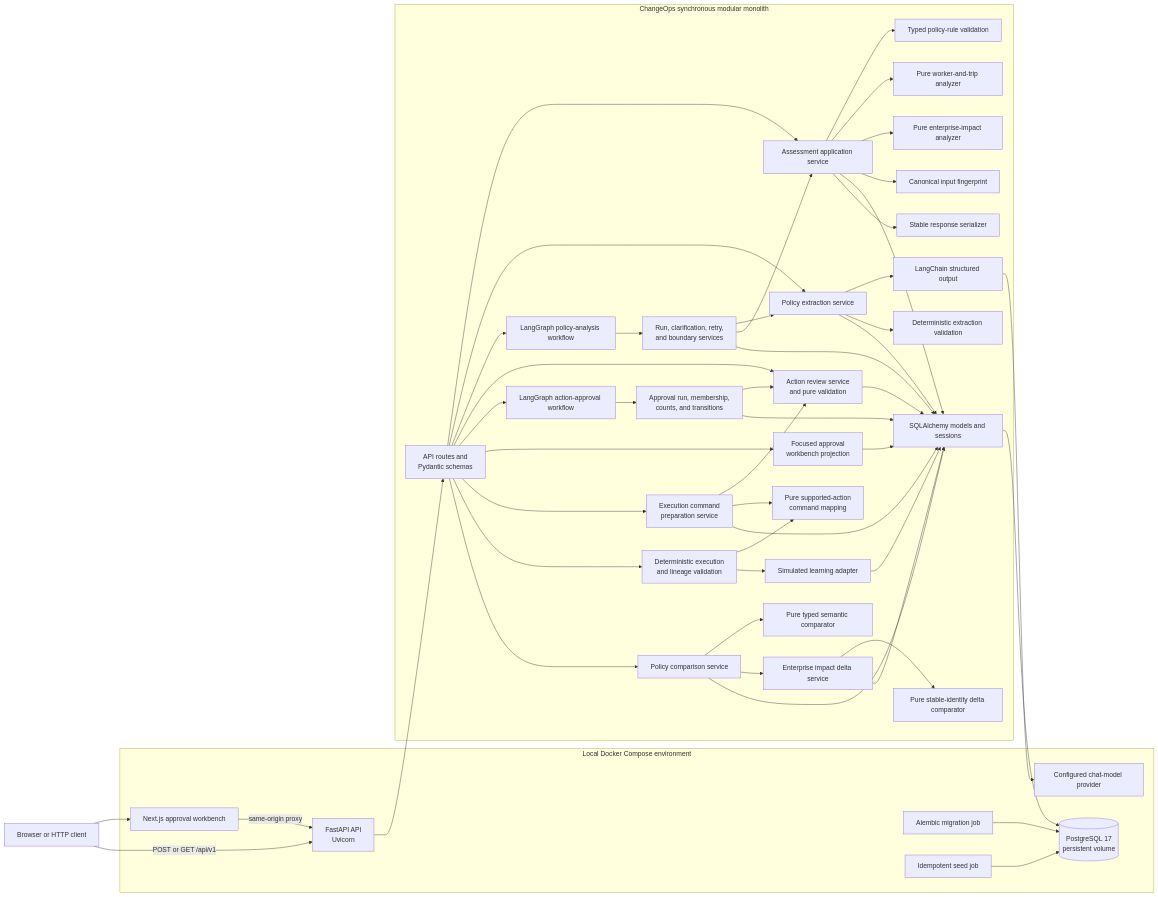
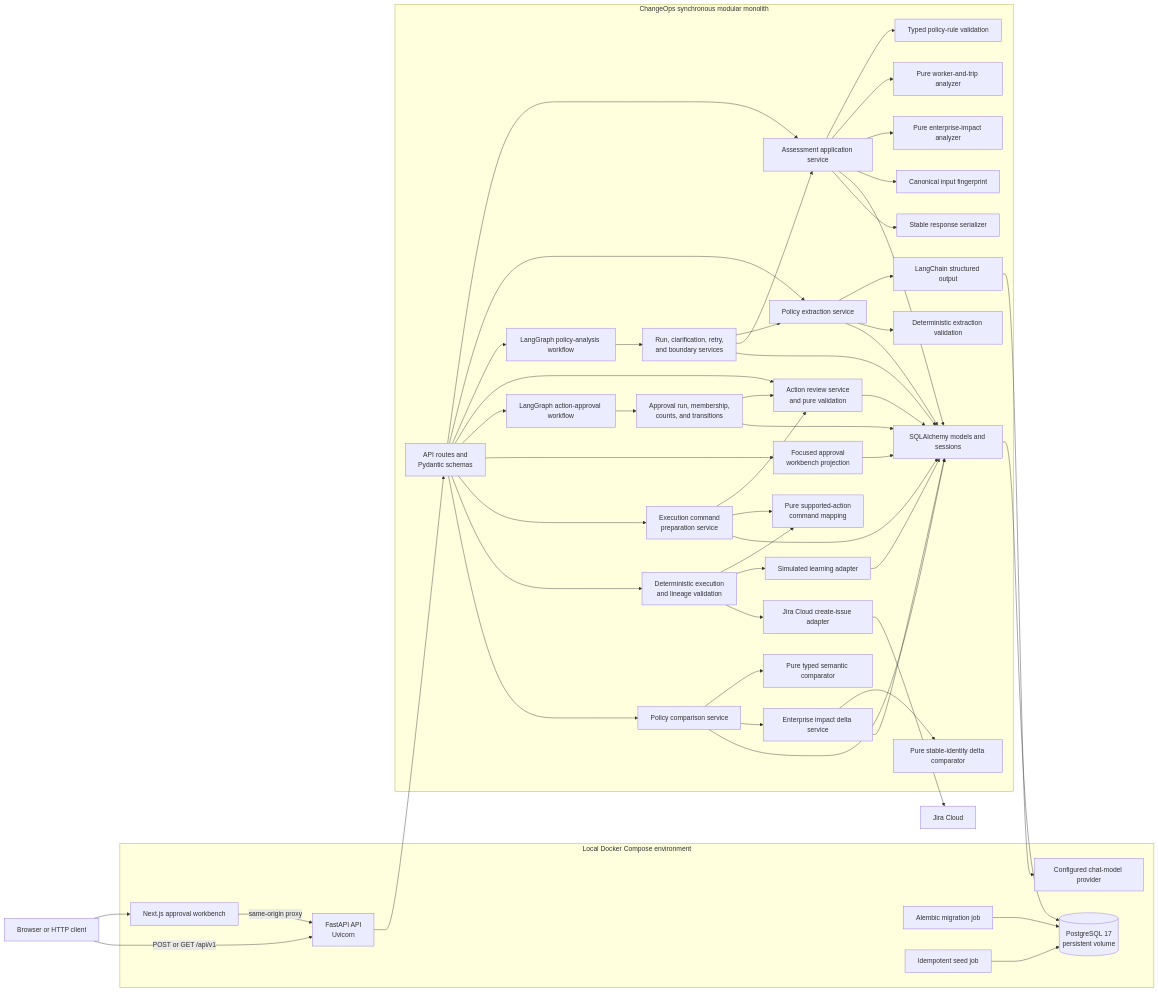
The first of 5 diagrams in docs/architecture.md (jaydreyer/ChangeOps), drawn with Mermaid before and after one commit. The commit also changed other lines of this file and 30 other files, not shown here.

Commit message:
Add governed Jira issue execution

```diff
--- a/docs/architecture.md
+++ b/docs/architecture.md
@@ -42,6 +43,7 @@
         CommandMapping["Pure supported-action<br/>command mapping"]
         ExecutionService["Deterministic execution<br/>and lineage validation"]
         LearningAdapter["Simulated learning adapter"]
+        JiraAdapter["Jira Cloud create-issue adapter"]
         Comparison["Policy comparison service"]
         Comparator["Pure typed semantic comparator"]
         ImpactDelta["Enterprise impact delta service"]
@@ -91,7 +93,9 @@
     Comparison --> ORM
     ExecutionService --> CommandMapping
     ExecutionService --> LearningAdapter
+    ExecutionService --> JiraAdapter
     LearningAdapter --> ORM
+    JiraAdapter --> JiraCloud["Jira Cloud"]
     ORM --> DB
     Migrate --> DB
     Seed --> DB
```
